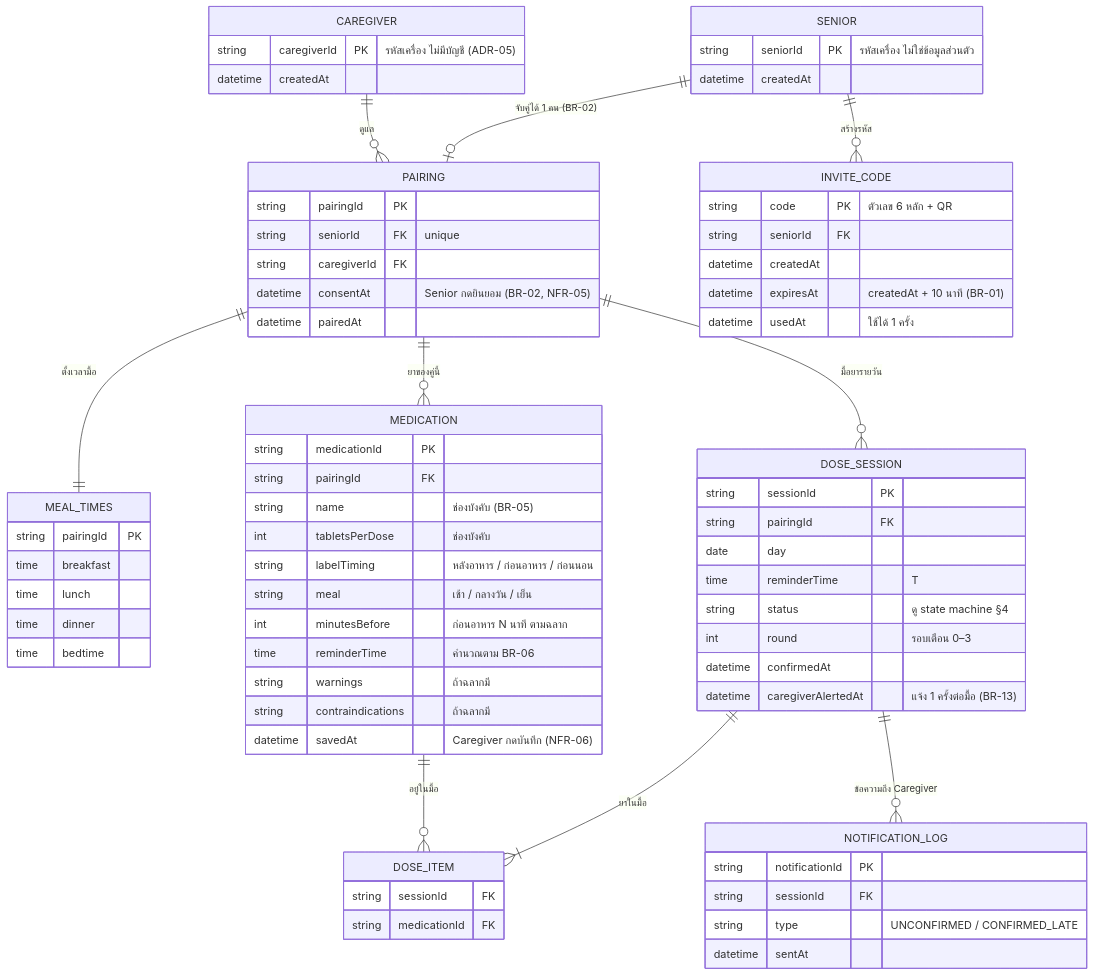
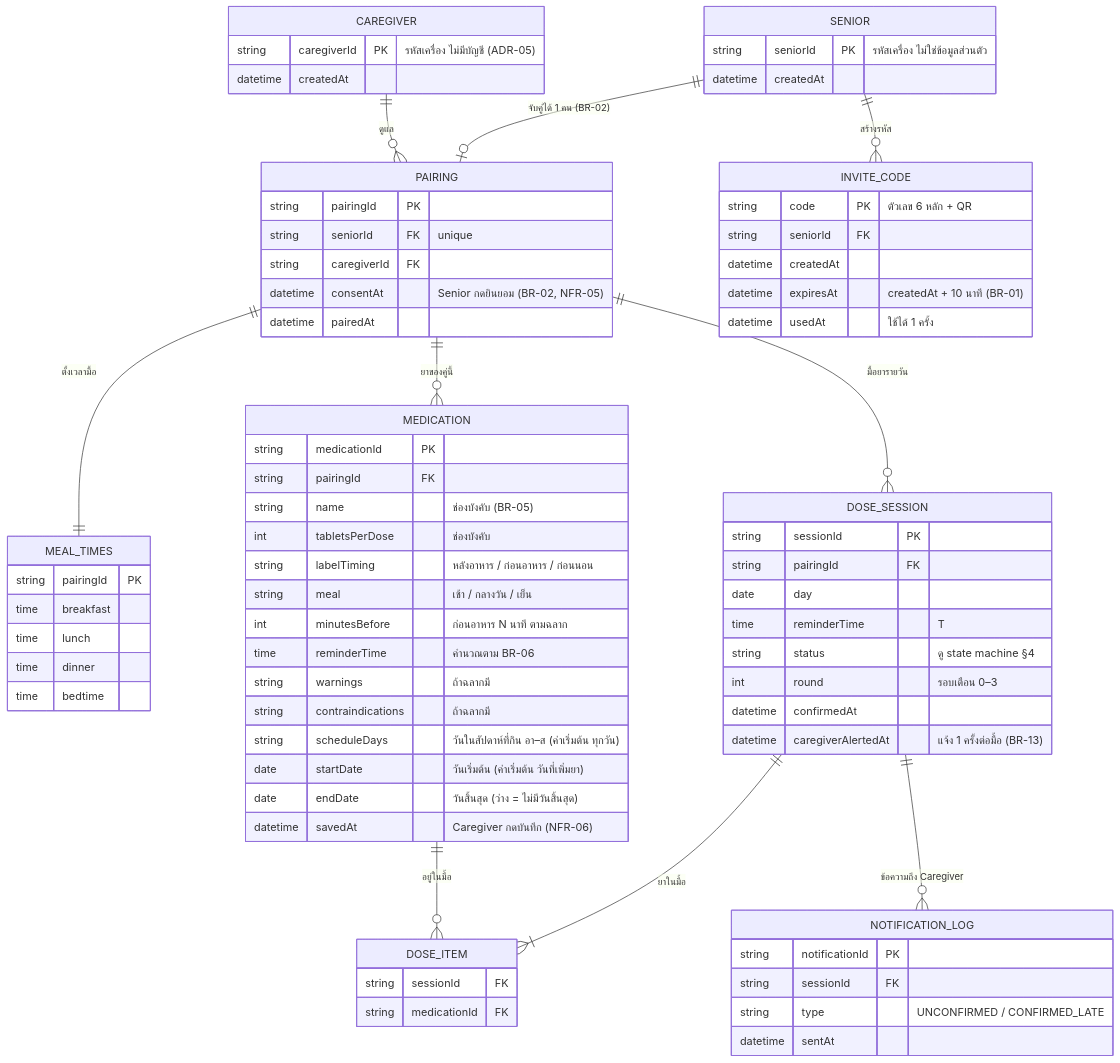
One commit to yaroo393-png/MedMind changed the sixth of 6 diagrams in docs/03-design/architecture.md. Above: the diagram before and after it, drawn with Mermaid. The commit also changed other lines of this file and 2 other files, not shown here.

````diff
--- a/docs/03-design/architecture.md
+++ b/docs/03-design/architecture.md
@@ -238,75 +241,78 @@
 ```mermaid
 erDiagram
     SENIOR ||--o| PAIRING : "จับคู่ได้ 1 คน (BR-02)"
     CAREGIVER ||--o{ PAIRING : "ดูแล"
     SENIOR ||--o{ INVITE_CODE : "สร้างรหัส"
     PAIRING ||--|| MEAL_TIMES : "ตั้งเวลามื้อ"
     PAIRING ||--o{ MEDICATION : "ยาของคู่นี้"
     PAIRING ||--o{ DOSE_SESSION : "มื้อยารายวัน"
     DOSE_SESSION ||--|{ DOSE_ITEM : "ยาในมื้อ"
     MEDICATION ||--o{ DOSE_ITEM : "อยู่ในมื้อ"
     DOSE_SESSION ||--o{ NOTIFICATION_LOG : "ข้อความถึง Caregiver"
 
     SENIOR {
         string seniorId PK "รหัสเครื่อง ไม่ใช่ข้อมูลส่วนตัว"
         datetime createdAt
     }
     CAREGIVER {
         string caregiverId PK "รหัสเครื่อง ไม่มีบัญชี (ADR-05)"
         datetime createdAt
     }
     INVITE_CODE {
         string code PK "ตัวเลข 6 หลัก + QR"
         string seniorId FK
         datetime createdAt
         datetime expiresAt "createdAt + 10 นาที (BR-01)"
         datetime usedAt "ใช้ได้ 1 ครั้ง"
     }
     PAIRING {
         string pairingId PK
         string seniorId FK "unique"
         string caregiverId FK
         datetime consentAt "Senior กดยินยอม (BR-02, NFR-05)"
         datetime pairedAt
     }
     MEAL_TIMES {
         string pairingId PK
         time breakfast
         time lunch
         time dinner
         time bedtime
     }
     MEDICATION {
         string medicationId PK
         string pairingId FK
         string name "ช่องบังคับ (BR-05)"
         int tabletsPerDose "ช่องบังคับ"
         string labelTiming "หลังอาหาร / ก่อนอาหาร / ก่อนนอน"
         string meal "เช้า / กลางวัน / เย็น"
         int minutesBefore "ก่อนอาหาร N นาที ตามฉลาก"
         time reminderTime "คำนวณตาม BR-06"
         string warnings "ถ้าฉลากมี"
         string contraindications "ถ้าฉลากมี"
+        string scheduleDays "วันในสัปดาห์ที่กิน อา–ส (ค่าเริ่มต้น ทุกวัน)"
+        date startDate "วันเริ่มต้น (ค่าเริ่มต้น วันที่เพิ่มยา)"
+        date endDate "วันสิ้นสุด (ว่าง = ไม่มีวันสิ้นสุด)"
         datetime savedAt "Caregiver กดบันทึก (NFR-06)"
     }
     DOSE_SESSION {
         string sessionId PK
         string pairingId FK
         date day
         time reminderTime "T"
         string status "ดู state machine §4"
         int round "รอบเตือน 0–3"
         datetime confirmedAt
         datetime caregiverAlertedAt "แจ้ง 1 ครั้งต่อมื้อ (BR-13)"
     }
     DOSE_ITEM {
         string sessionId FK
         string medicationId FK
     }
     NOTIFICATION_LOG {
         string notificationId PK
         string sessionId FK
         string type "UNCONFIRMED / CONFIRMED_LATE"
         datetime sentAt
     }
 ```
````
